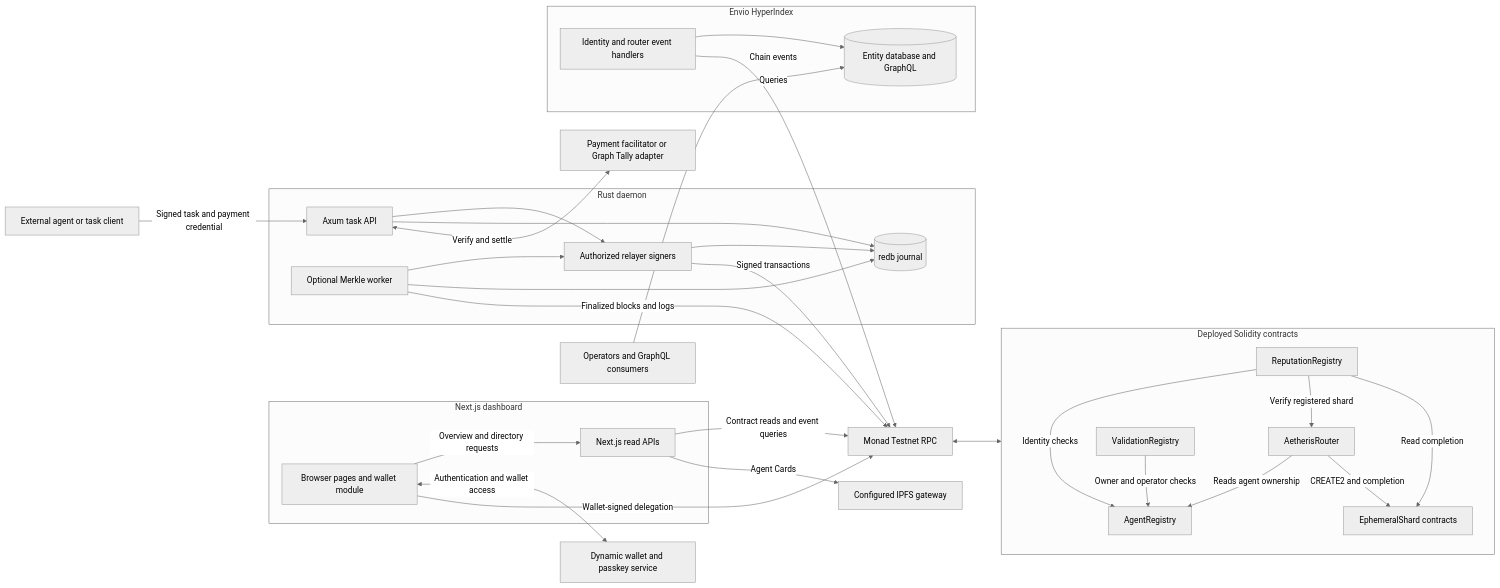
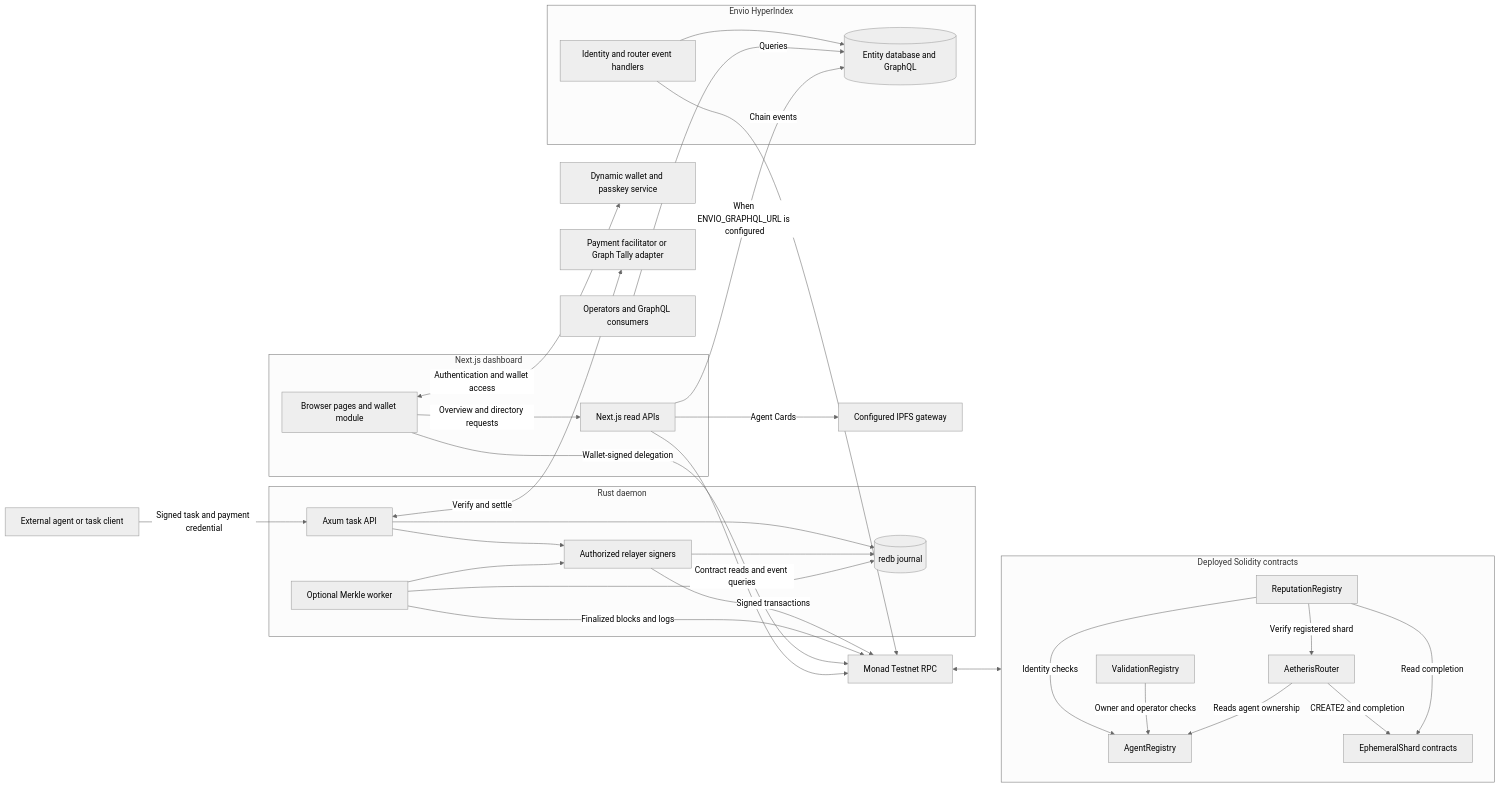
The first of 2 diagrams in docs/architecture.md (willy264/monad-astheris), drawn with Mermaid (neutral theme) before and after one commit. The commit also changed other lines of this file and 7 other files, not shown here.

````diff
--- a/docs/architecture.md
+++ b/docs/architecture.md
@@ -11,59 +13,60 @@
 ```mermaid
 flowchart LR
     Caller[External agent or task client]
     Dynamic[Dynamic wallet and passkey service]
     Payment[Payment facilitator or Graph Tally adapter]
     IPFS[Configured IPFS gateway]
     RPC[Monad Testnet RPC]
     Consumers[Operators and GraphQL consumers]
 
     subgraph Frontend[Next.js dashboard]
         Browser[Browser pages and wallet module]
         API[Next.js read APIs]
         Browser -->|Overview and directory requests| API
     end
 
     subgraph Engine[Rust daemon]
         HTTP[Axum task API]
         Relayers[Authorized relayer signers]
         Worker[Optional Merkle worker]
         Journal[(redb journal)]
         HTTP --> Relayers
         HTTP --> Journal
         Relayers --> Journal
         Worker --> Relayers
         Worker --> Journal
     end
 
     subgraph Indexing[Envio HyperIndex]
         Handlers[Identity and router event handlers]
         GraphQL[(Entity database and GraphQL)]
         Handlers --> GraphQL
     end
 
     subgraph Contracts[Deployed Solidity contracts]
         Identity[AgentRegistry]
         Router[AetherisRouter]
         Shards[EphemeralShard contracts]
         Reputation[ReputationRegistry]
         Validation[ValidationRegistry]
         Router -->|Reads agent ownership| Identity
         Router -->|CREATE2 and completion| Shards
         Reputation -->|Identity checks| Identity
         Reputation -->|Verify registered shard| Router
         Reputation -->|Read completion| Shards
         Validation -->|Owner and operator checks| Identity
     end
 
     Browser <-->|Authentication and wallet access| Dynamic
     Browser -->|Wallet-signed delegation| RPC
     API -->|Contract reads and event queries| RPC
     API -->|Agent Cards| IPFS
     Caller -->|Signed task and payment credential| HTTP
     HTTP <-->|Verify and settle| Payment
     Relayers -->|Signed transactions| RPC
     Worker -->|Finalized blocks and logs| RPC
     Handlers -->|Chain events| RPC
     Consumers -->|Queries| GraphQL
+    API -->|When ENVIO_GRAPHQL_URL is configured| GraphQL
     RPC <--> Contracts
 ```
````
